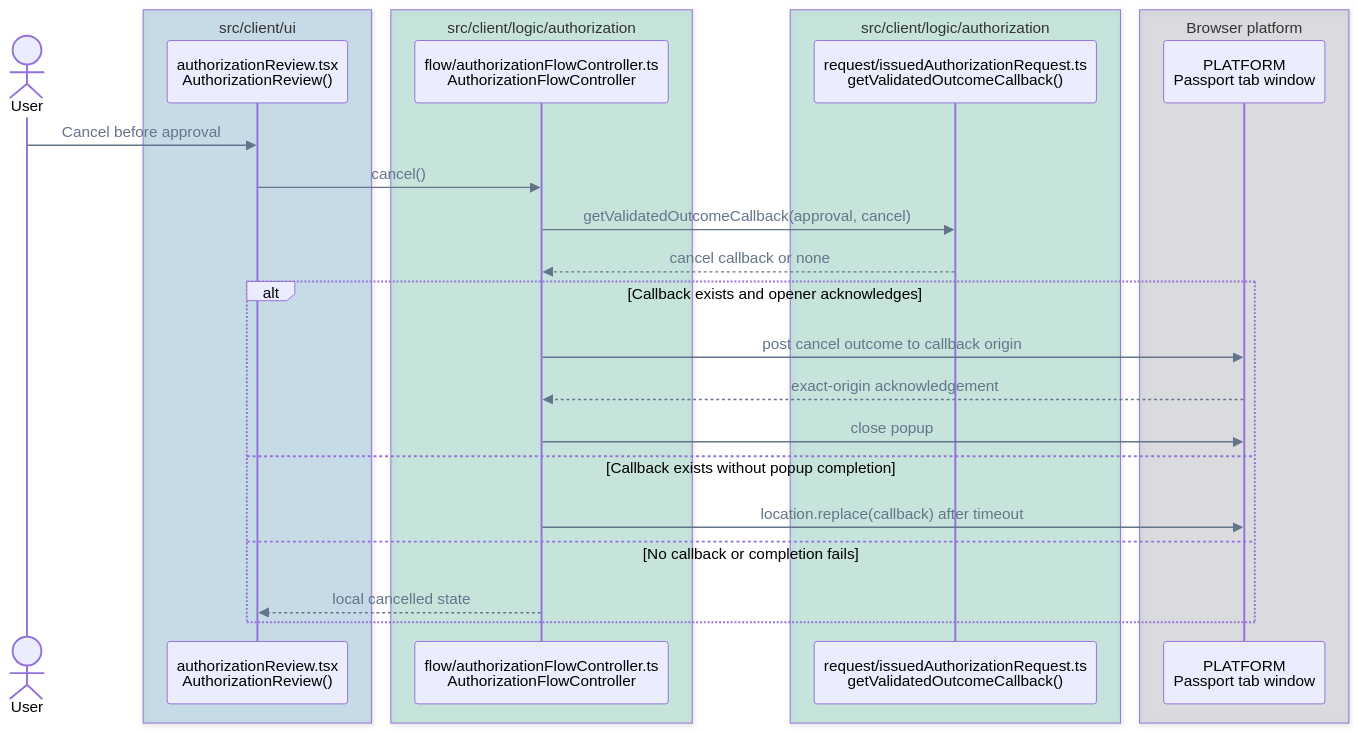
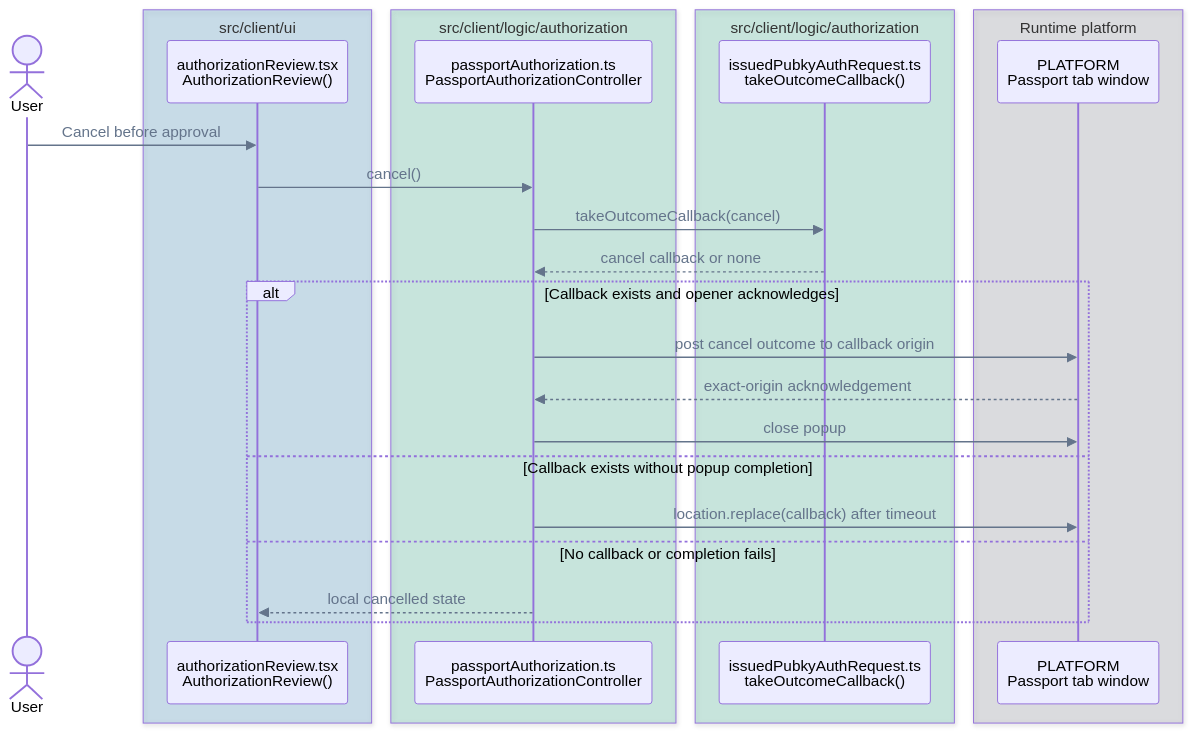
Before and after one commit to pubky/pubky-passport: the sixth of 14 diagrams in FLOWS.md, drawn with Mermaid. The commit also changed other lines of this file and 44 other files, not shown here.

````diff
--- a/FLOWS.md
+++ b/FLOWS.md
@@ -265,33 +260,33 @@
 ```mermaid
 %%{init: {"themeVariables": {"signalColor": "#64748B", "signalTextColor": "#64748B"}}}%%
 sequenceDiagram
     accTitle: Authorization cancellation call flow
-    accDescr: Cancellation retrieves only the browser-owned validated cancel callback and closes a popup, redirects, or renders a local cancelled state without restoring a key.
+    accDescr: Cancellation takes only the validated cancel callback and closes a popup, redirects, or renders a local cancelled state without restoring a key.
     actor User
     box rgba(0, 114, 178, 0.18) src/client/ui
         participant Review as authorizationReview.tsx<br/>AuthorizationReview()
     end
     box rgba(0, 158, 115, 0.18) src/client/logic/authorization
-        participant Controller as flow/authorizationFlowController.ts<br/>AuthorizationFlowController
+        participant Controller as passportAuthorization.ts<br/>PassportAuthorizationController
     end
     box rgba(0, 158, 115, 0.18) src/client/logic/authorization
-        participant Callbacks as request/issuedAuthorizationRequest.ts<br/>getValidatedOutcomeCallback()
+        participant Request as issuedPubkyAuthRequest.ts<br/>takeOutcomeCallback()
     end
-    box rgba(107, 114, 128, 0.18) Browser platform
+    box rgba(107, 114, 128, 0.18) Runtime platform
         participant Window as PLATFORM<br/>Passport tab window
     end
 
     User->>Review: Cancel before approval
     Review->>Controller: cancel()
-    Controller->>Callbacks: getValidatedOutcomeCallback(approval, cancel)
-    Callbacks-->>Controller: cancel callback or none
+    Controller->>Request: takeOutcomeCallback(cancel)
+    Request-->>Controller: cancel callback or none
     alt Callback exists and opener acknowledges
         Controller->>Window: post cancel outcome to callback origin
         Window-->>Controller: exact-origin acknowledgement
         Controller->>Window: close popup
     else Callback exists without popup completion
         Controller->>Window: location.replace(callback) after timeout
     else No callback or completion fails
         Controller-->>Review: local cancelled state
     end
 ```
````
